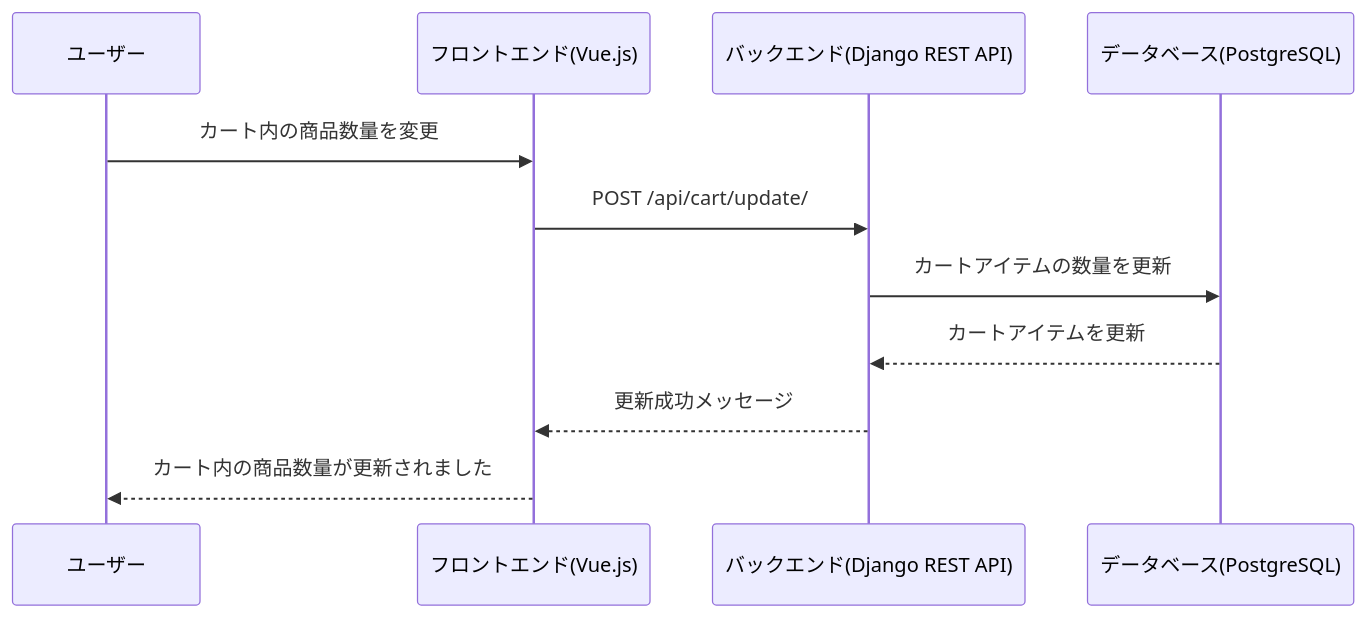
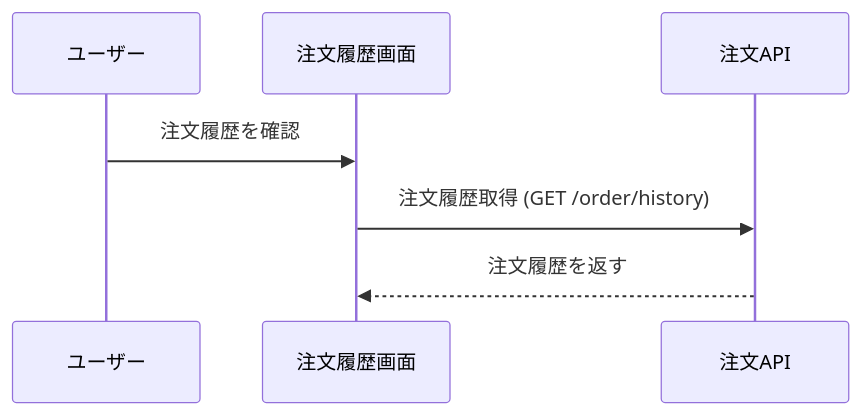
One commit to g-its-maruta/ai-dev-spec changed the fourth of 4 diagrams in function/機能設計書.md. Above: the diagram before and after it, drawn with Mermaid. The commit also changed other lines of this file and 5 other files, not shown here.

````diff
--- a/function/機能設計書.md
+++ b/function/機能設計書.md
@@ -73,14 +65,10 @@
 ```mermaid
 sequenceDiagram
-    participant User as ユーザー
-    participant VueApp as フロントエンド(Vue.js)
-    participant API as バックエンド(Django REST API)
-    participant DB as データベース(PostgreSQL)
+    participant ユーザー
+    participant 注文履歴画面
+    participant 注文API
 
-    User->>VueApp: カート内の商品数量を変更
-    VueApp->>API: POST /api/cart/update/
-    API->>DB: カートアイテムの数量を更新
-    DB-->>API: カートアイテムを更新
-    API-->>VueApp: 更新成功メッセージ
-    VueApp-->>User: カート内の商品数量が更新されました
+    ユーザー ->> 注文履歴画面: 注文履歴を確認
+    注文履歴画面 ->> 注文API: 注文履歴取得 (GET /order/history)
+    注文API -->> 注文履歴画面: 注文履歴を返す
 ```
````
